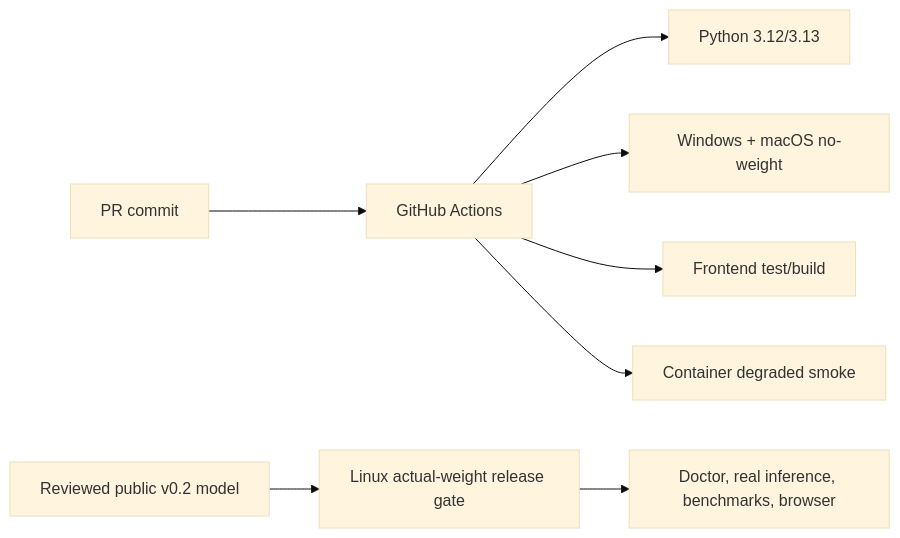
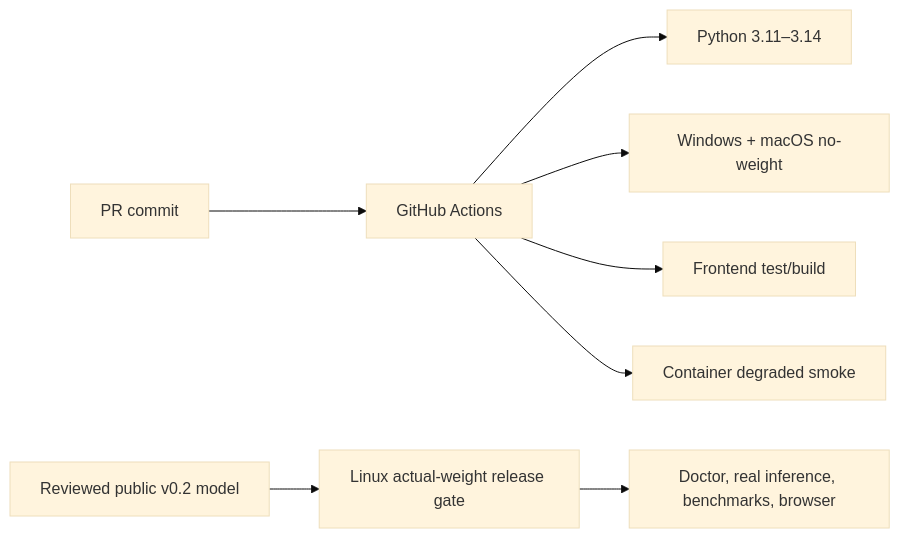
One commit to namelessweakl1ng/kjnlae changed the tenth of 10 diagrams in CODEBASE.md. Above: the diagram before and after it, drawn with Mermaid (base theme). The commit also changed other lines of this file and 13 other files, not shown here.

````diff
--- a/CODEBASE.md
+++ b/CODEBASE.md
@@ -1802,10 +1803,10 @@
 ```mermaid
 flowchart LR
   Changes["PR commit"] --> CI["GitHub Actions"]
-  CI --> Linux["Python 3.12/3.13"]
+  CI --> Linux["Python 3.11–3.14"]
   CI --> Platforms["Windows + macOS no-weight"]
   CI --> UI["Frontend test/build"]
   CI --> Docker["Container degraded smoke"]
   Weights["Reviewed public v0.2 model"] --> Release["Linux actual-weight release gate"]
   Release --> Evidence["Doctor, real inference, benchmarks, browser"]
 ```
````
